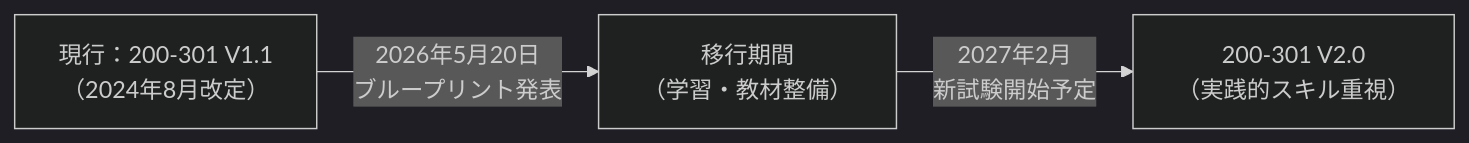
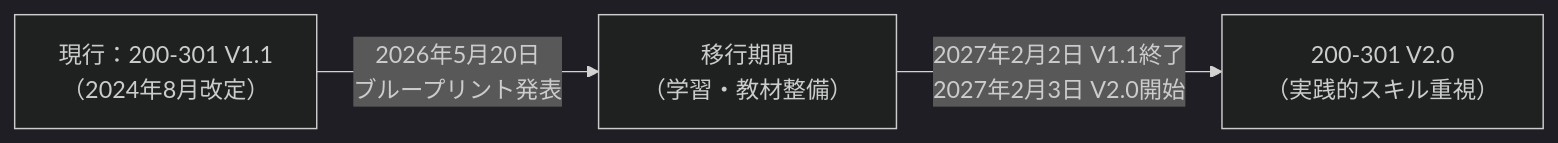
Before and after one commit to myoshi2891/Cloud-Infrastructure-Studies: the tenth of 10 diagrams in Ccna-network-fundamentals-guide.md, drawn with Mermaid (dark theme). The commit also changed other lines of this file, not shown here.

````diff
--- a/Ccna-network-fundamentals-guide.md
+++ b/Ccna-network-fundamentals-guide.md
@@ -401,5 +402,5 @@
 ```mermaid
 flowchart LR
     A["現行：200-301 V1.1<br/>（2024年8月改定）"] -->|"2026年5月20日<br/>ブループリント発表"| B["移行期間<br/>（学習・教材整備）"]
-    B -->|"2027年2月<br/>新試験開始予定"| C["200-301 V2.0<br/>（実践的スキル重視）"]
+    B -->|"2027年2月2日 V1.1終了<br/>2027年2月3日 V2.0開始"| C["200-301 V2.0<br/>（実践的スキル重視）"]
 ```
````
